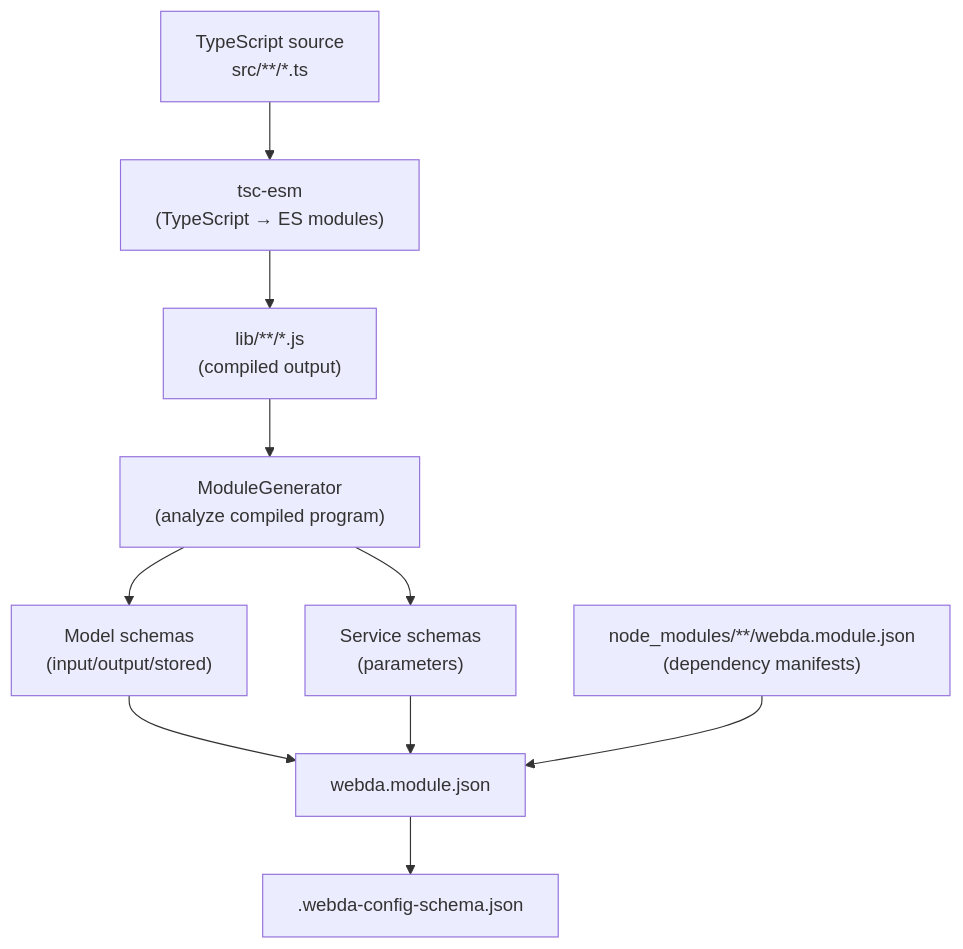
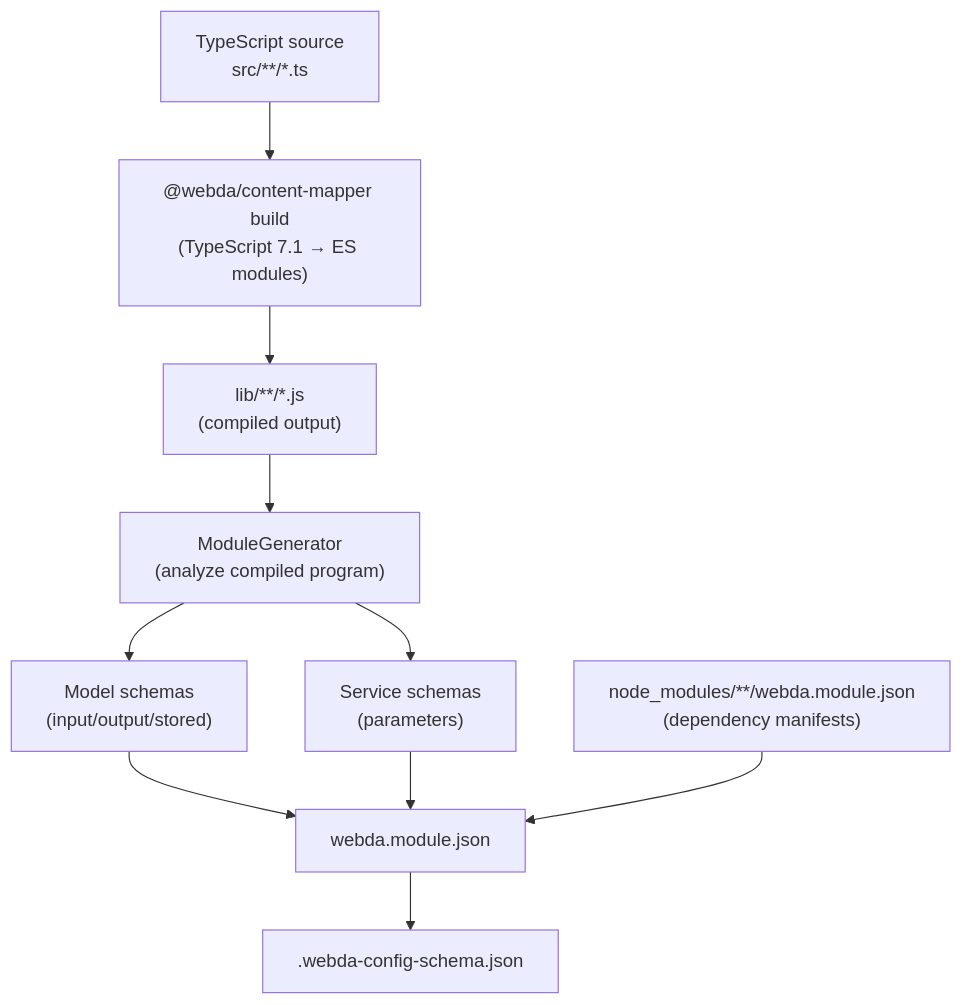
Before and after one commit to loopingz/webda.io: the diagram in docs/pages/Modules/compiler/Build.md, drawn with Mermaid. The commit also changed other lines of this file and 73 other files, not shown here.

First line of the commit message:
refactor(utils)!: merge @webda/tsc-esm into @webda/utils and remove it

````diff
--- a/docs/pages/Modules/compiler/Build.md
+++ b/docs/pages/Modules/compiler/Build.md
@@ -12,22 +12,22 @@
 ```mermaid
 flowchart TD
     TS["TypeScript source\nsrc/**/*.ts"]
-    TSC["tsc-esm\n(TypeScript → ES modules)"]
+    TSC["@webda/content-mapper build\n(TypeScript 7.1 → ES modules)"]
     LIB["lib/**/*.js\n(compiled output)"]
     Module["ModuleGenerator\n(analyze compiled program)"]
     Models["Model schemas\n(input/output/stored)"]
     Services["Service schemas\n(parameters)"]
     Manifest["webda.module.json"]
     ConfigSchema[".webda-config-schema.json"]
     DepModules["node_modules/**/webda.module.json\n(dependency manifests)"]
 
     TS --> TSC
     TSC --> LIB
     LIB --> Module
     Module --> Models
     Module --> Services
     Models --> Manifest
     Services --> Manifest
     DepModules --> Manifest
     Manifest --> ConfigSchema
 ```
````
